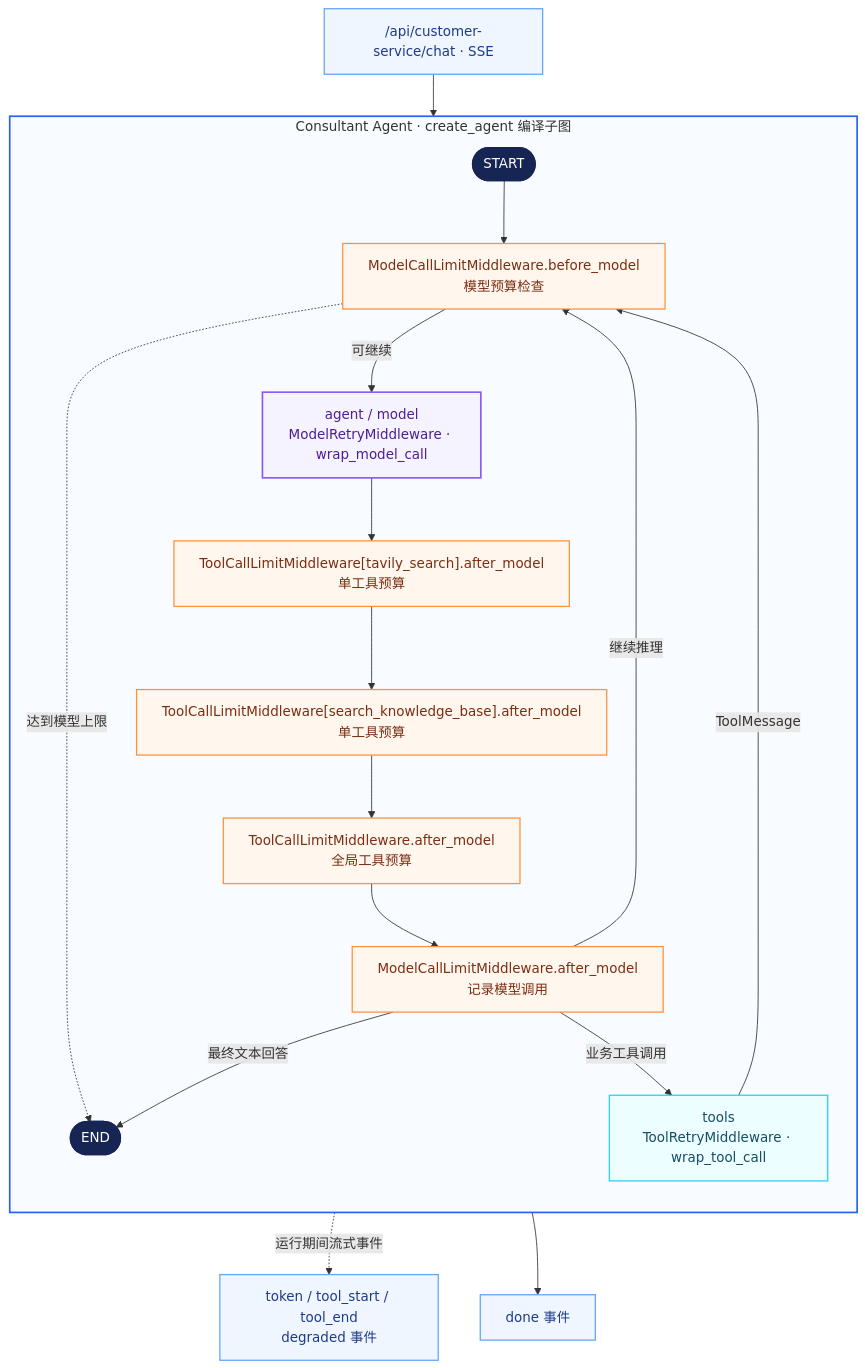
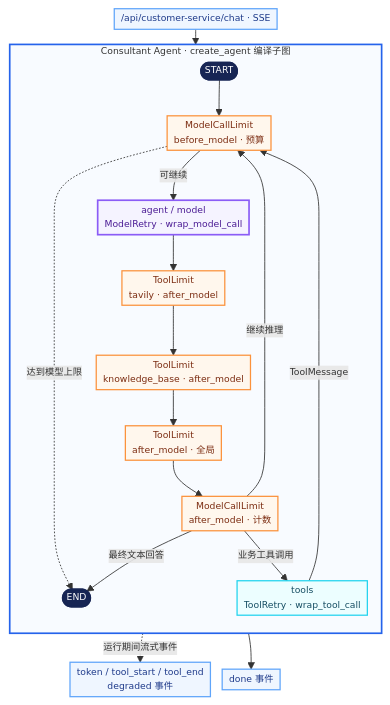
The fourth of 4 diagrams in README.md (Lucky-LMC/AI-Interview), drawn with Mermaid before and after one commit. The commit also changed other lines of this file, not shown here.

Commit message:
docs: compact architecture diagrams

````diff
--- a/README.md
+++ b/README.md
@@ -130,35 +133,36 @@
 ```mermaid
+%%{init: {"flowchart": {"nodeSpacing": 14, "rankSpacing": 18, "padding": 4}, "themeVariables": {"fontSize": "11px"}}}%%
 flowchart TB
     subgraph consultant_graph["Consultant Agent · create_agent 编译子图"]
         direction TB
-        start_c([START]) --> before_c["ModelCallLimitMiddleware.before_model<br/>模型预算检查"]
-        before_c -- 可继续 --> agent_c["agent / model<br/>ModelRetryMiddleware · wrap_model_call"]
+        start_c([START]) --> before_c["ModelCallLimit<br/>before_model · 预算"]
+        before_c -- 可继续 --> agent_c["agent / model<br/>ModelRetry · wrap_model_call"]
         before_c -. 达到模型上限 .-> end_c([END])
-        agent_c --> tavily_limit_c["ToolCallLimitMiddleware[tavily_search].after_model<br/>单工具预算"]
-        tavily_limit_c --> kb_limit_c["ToolCallLimitMiddleware[search_knowledge_base].after_model<br/>单工具预算"]
-        kb_limit_c --> global_c["ToolCallLimitMiddleware.after_model<br/>全局工具预算"]
-        global_c --> after_c["ModelCallLimitMiddleware.after_model<br/>记录模型调用"]
-        after_c -- 业务工具调用 --> tools_c["tools<br/>ToolRetryMiddleware · wrap_tool_call"]
+        agent_c --> tavily_limit_c["ToolLimit<br/>tavily · after_model"]
+        tavily_limit_c --> kb_limit_c["ToolLimit<br/>knowledge_base · after_model"]
+        kb_limit_c --> global_c["ToolLimit<br/>after_model · 全局"]
+        global_c --> after_c["ModelCallLimit<br/>after_model · 计数"]
+        after_c -- 业务工具调用 --> tools_c["tools<br/>ToolRetry · wrap_tool_call"]
         tools_c -- ToolMessage --> before_c
         after_c -- 最终文本回答 --> end_c([END])
         after_c -- 继续推理 --> before_c
     end
 
     sse["/api/customer-service/chat · SSE"] --> start_c
     agent_c -. 运行期间流式事件 .-> events["token / tool_start / tool_end<br/>degraded 事件"]
     end_c --> done_c["done 事件"]
 
     classDef terminal fill:#172554,color:#ffffff,stroke:#172554,stroke-width:2px;
     classDef middleware fill:#fff7ed,color:#7c2d12,stroke:#fb923c,stroke-width:1.5px;
     classDef agentCore fill:#f5f3ff,color:#4c1d95,stroke:#8b5cf6,stroke-width:2px;
     classDef tool fill:#ecfeff,color:#164e63,stroke:#22d3ee,stroke-width:1.5px;
     classDef process fill:#eff6ff,color:#1e3a8a,stroke:#60a5fa,stroke-width:1.5px;
 
     class start_c,end_c terminal;
     class before_c,kb_limit_c,tavily_limit_c,global_c,after_c middleware;
     class agent_c agentCore;
     class tools_c tool;
     class sse,events,done_c process;
 
     style consultant_graph fill:#f8fbff,stroke:#2563eb,stroke-width:2px;
 ```
````
